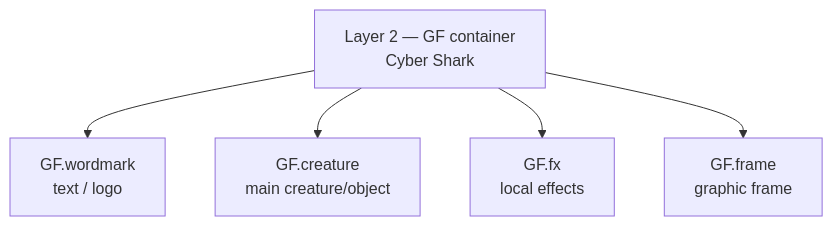
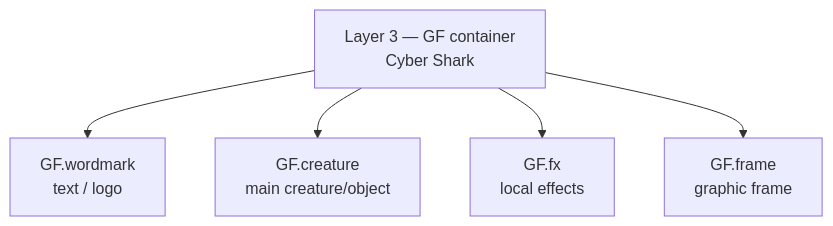
The second of 2 diagrams in docs/PULSEDECK_LAYER_ARCHITECTURE.md (faric-ua/faric-music-visualizer), drawn with Mermaid before and after one commit. The commit also changed other lines of this file, not shown here.

Commit message:
docs: update PulseDeck stack for over-visualization layer

````diff
--- a/docs/PULSEDECK_LAYER_ARCHITECTURE.md
+++ b/docs/PULSEDECK_LAYER_ARCHITECTURE.md
@@ -65,12 +62,12 @@
 ```mermaid
 flowchart TB
-    GF["Layer 2 — GF container<br/>Cyber Shark"]
+    GF["Layer 3 — GF container<br/>Cyber Shark"]
     W["GF.wordmark<br/>text / logo"]
     C["GF.creature<br/>main creature/object"]
     FX["GF.fx<br/>local effects"]
     F["GF.frame<br/>graphic frame"]
     GF --> W
     GF --> C
     GF --> FX
     GF --> F
 ```
````
